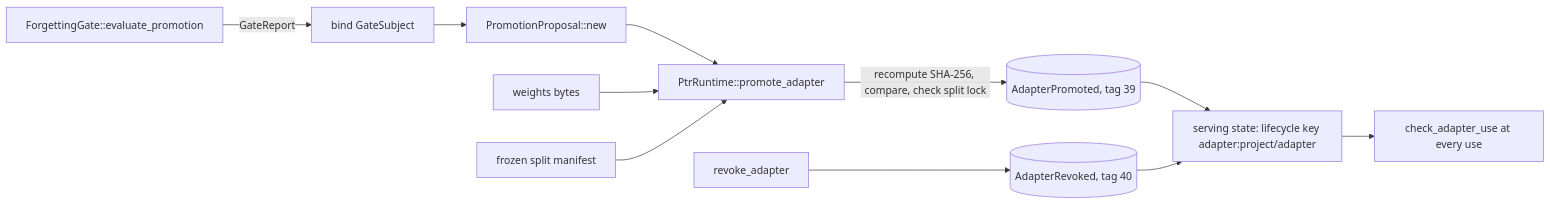
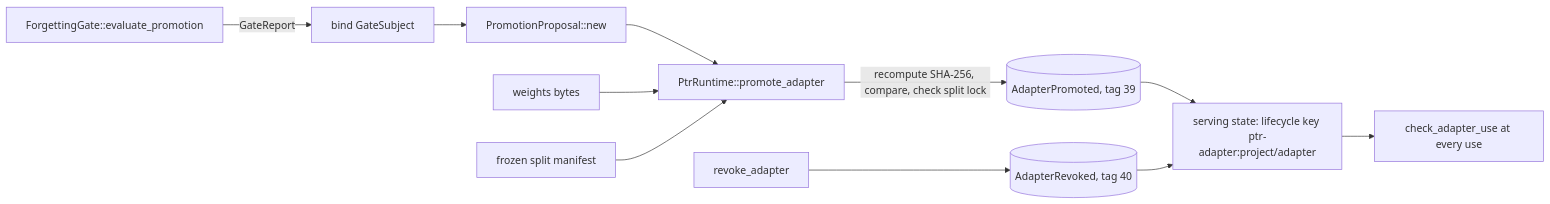
The diagram in docs/architecture/44-serving-and-promotion.md (xrey167/PTR), drawn with Mermaid before and after one commit. The commit also changed other lines of this file and 16 other files, not shown here.

First line of the commit message:
Prefix the adapter lifecycle key and bound the open cycle table

````diff
--- a/docs/architecture/44-serving-and-promotion.md
+++ b/docs/architecture/44-serving-and-promotion.md
@@ -23,12 +23,12 @@
 ```mermaid
 flowchart LR
     G[ForgettingGate::evaluate_promotion] -->|GateReport| B[bind GateSubject]
     B --> P[PromotionProposal::new]
     P --> R[PtrRuntime::promote_adapter]
     W[weights bytes] --> R
     S[frozen split manifest] --> R
     R -->|recompute SHA-256, compare, check split lock| L[(AdapterPromoted, tag 39)]
-    L --> V[serving state: lifecycle key adapter:project/adapter]
+    L --> V[serving state: lifecycle key ptr-adapter:project/adapter]
     X[revoke_adapter] --> RV[(AdapterRevoked, tag 40)] --> V
     V --> U[check_adapter_use at every use]
 ```
````
